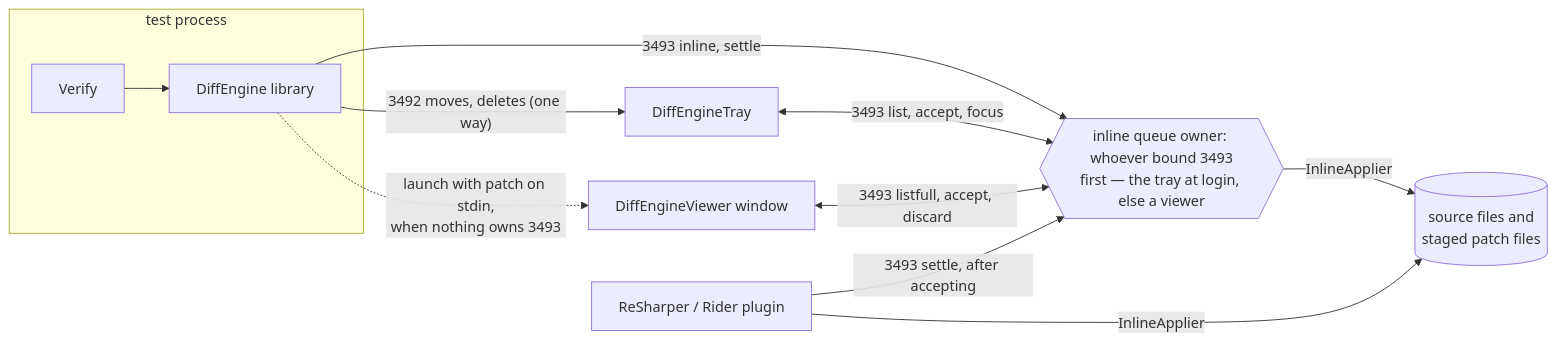
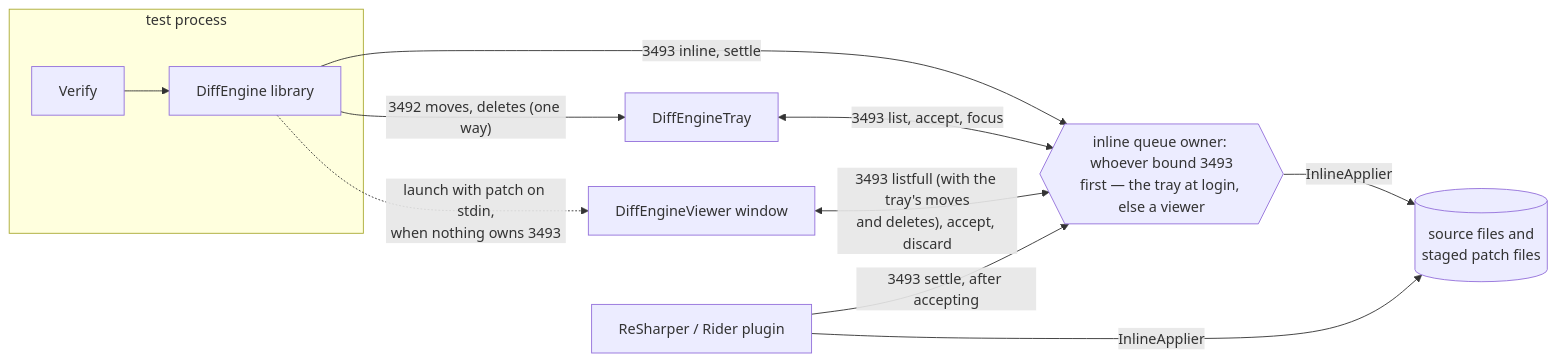
One commit to VerifyTests/DiffEngine changed the first of 2 diagrams in docs/inline.md. Above: the diagram before and after it, drawn with Mermaid. The commit also changed other lines of this file and 65 other files, not shown here.

First line of the commit message:
Group the viewer queue, keep multi-framework conflicts, and show the tray's moves and deletes

````diff
--- a/docs/inline.md
+++ b/docs/inline.md
@@ -22,20 +22,20 @@
 ```mermaid
 flowchart LR
     subgraph Test["test process"]
         Verify["Verify"] --> Engine["DiffEngine library"]
     end
     Tray["DiffEngineTray"]
     Window["DiffEngineViewer window"]
     Plugin["ReSharper / Rider plugin"]
     Owner{{"inline queue owner: whoever bound 3493<br/>first — the tray at login, else a viewer"}}
     Files[("source files and<br/>staged patch files")]
 
     Engine -->|"3492 moves, deletes (one way)"| Tray
     Engine -->|"3493 inline, settle"| Owner
     Engine -.->|"launch with patch on stdin,<br/>when nothing owns 3493"| Window
     Tray <-->|"3493 list, accept, focus"| Owner
-    Window <-->|"3493 listfull, accept, discard"| Owner
+    Window <-->|"3493 listfull (with the tray's moves<br/>and deletes), accept, discard"| Owner
     Plugin -->|"3493 settle, after accepting"| Owner
     Owner -->|"InlineApplier"| Files
     Plugin -->|"InlineApplier"| Files
 ```
````
